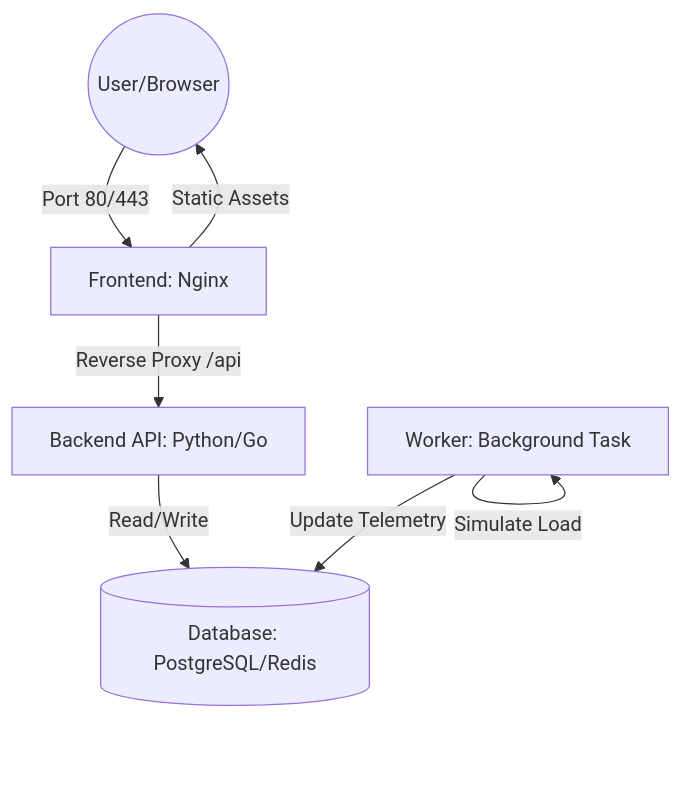
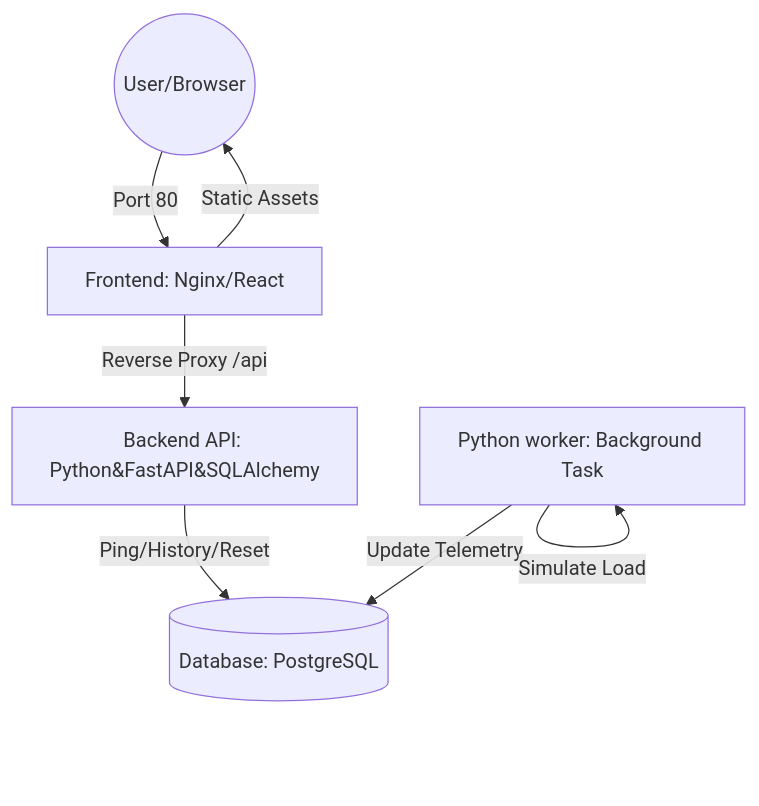
Before and after one commit to zweihaka/void-watcher: the diagram in README.md, drawn with Mermaid. The commit also changed other lines of this file and 4 other files, not shown here.

````diff
--- a/README.md
+++ b/README.md
@@ -11,9 +11,9 @@
 ```mermaid
 graph TD
-    User((User/Browser)) -->|Port 80/443| FE[Frontend: Nginx]
+    User((User/Browser)) -->|Port 80| FE[Frontend: Nginx/React]
     FE -->|Static Assets| User
-    FE -->|Reverse Proxy /api| BE[Backend API: Python/Go]
-    BE -->|Read/Write| DB[(Database: PostgreSQL/Redis)]
-    WRK[Worker: Background Task] -->|Update Telemetry| DB
+    FE -->|Reverse Proxy /api| BE[Backend API: Python&FastAPI&SQLAlchemy]
+    BE -->|Ping/History/Reset| DB[(Database: PostgreSQL)]
+    WRK[Python worker: Background Task] -->|Update Telemetry| DB
     WRK -->|Simulate Load| WRK
 ```
````
